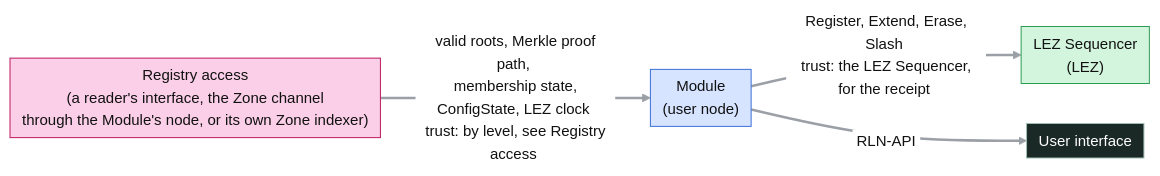
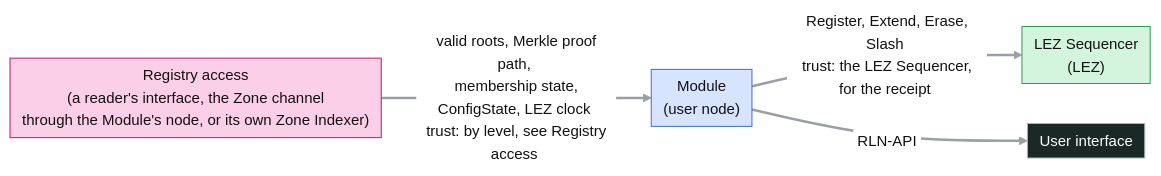
Before and after one commit to logos-co/logos-lips: the diagram in docs/anoncomms/raw/images/rln-membership-zone-module.mmd, drawn with Mermaid. The commit also changed 6 other files, not shown here.

```diff
--- a/docs/anoncomms/raw/images/rln-membership-zone-module.mmd
+++ b/docs/anoncomms/raw/images/rln-membership-zone-module.mmd
@@ -1,17 +1,17 @@
 %% Source of images/rln-membership-zone-module.png (rln-membership-zone.md). Render after an
 %% edit: base64url-encode this file and GET https://mermaid.ink/img/<encoded>?type=png&width=2000&scale=2&bgColor=!white
 %%{init: {"theme": "base", "flowchart": {"curve": "basis", "nodeSpacing": 40, "rankSpacing": 70, "padding": 6, "wrappingWidth": 400}, "themeVariables": {"lineColor": "#9aa0a6", "primaryTextColor": "#111111", "edgeLabelBackground": "#ffffff", "fontSize": "15px"}, "themeCSS": "marker { overflow: visible; } .arrowMarkerPath { transform: scale(1.7); transform-origin: 5px 5px; } .edgeLabel, .edgeLabel p, .edgeLabel span { font-size: 12px; line-height: 1.2; }"}}%%
 flowchart LR
-    IDX["Registry access<br/>(a reader's interface, the Zone channel<br/>through the Module's node, or its own Zone indexer)"] -->|"#nbsp;valid roots, Merkle proof path,#nbsp;<br/>#nbsp;membership state, ConfigState, LEZ clock#nbsp;<br/>#nbsp;trust: by level, see Registry access#nbsp;"| MOD["Module<br/>(user node)"]
+    IDX["Registry access<br/>(a reader's interface, the Zone channel<br/>through the Module's node, or its own Zone Indexer)"] -->|"#nbsp;valid roots, Merkle proof path,#nbsp;<br/>#nbsp;membership state, ConfigState, LEZ clock#nbsp;<br/>#nbsp;trust: by level, see Registry access#nbsp;"| MOD["Module<br/>(user node)"]
     MOD -->|"#nbsp;Register, Extend, Erase, Slash#nbsp;<br/>#nbsp;trust: the LEZ Sequencer, for the receipt#nbsp;"| LSEQ["LEZ Sequencer<br/>(LEZ)"]
     MOD -->|"#nbsp;RLN-API#nbsp;"| APP["User interface"]
     linkStyle default stroke-width:2.5px
 
     classDef ui fill:#1a2826,stroke:#9fbfb3,color:#ffffff
     classDef user fill:#d6e4ff,stroke:#3b6fd8,color:#111111
     classDef lez fill:#d4f5dd,stroke:#2e9b52,color:#111111
     classDef zone fill:#fbcfe8,stroke:#be185d,color:#111111
     class APP ui
     class MOD user
     class LSEQ lez
     class IDX zone
```
